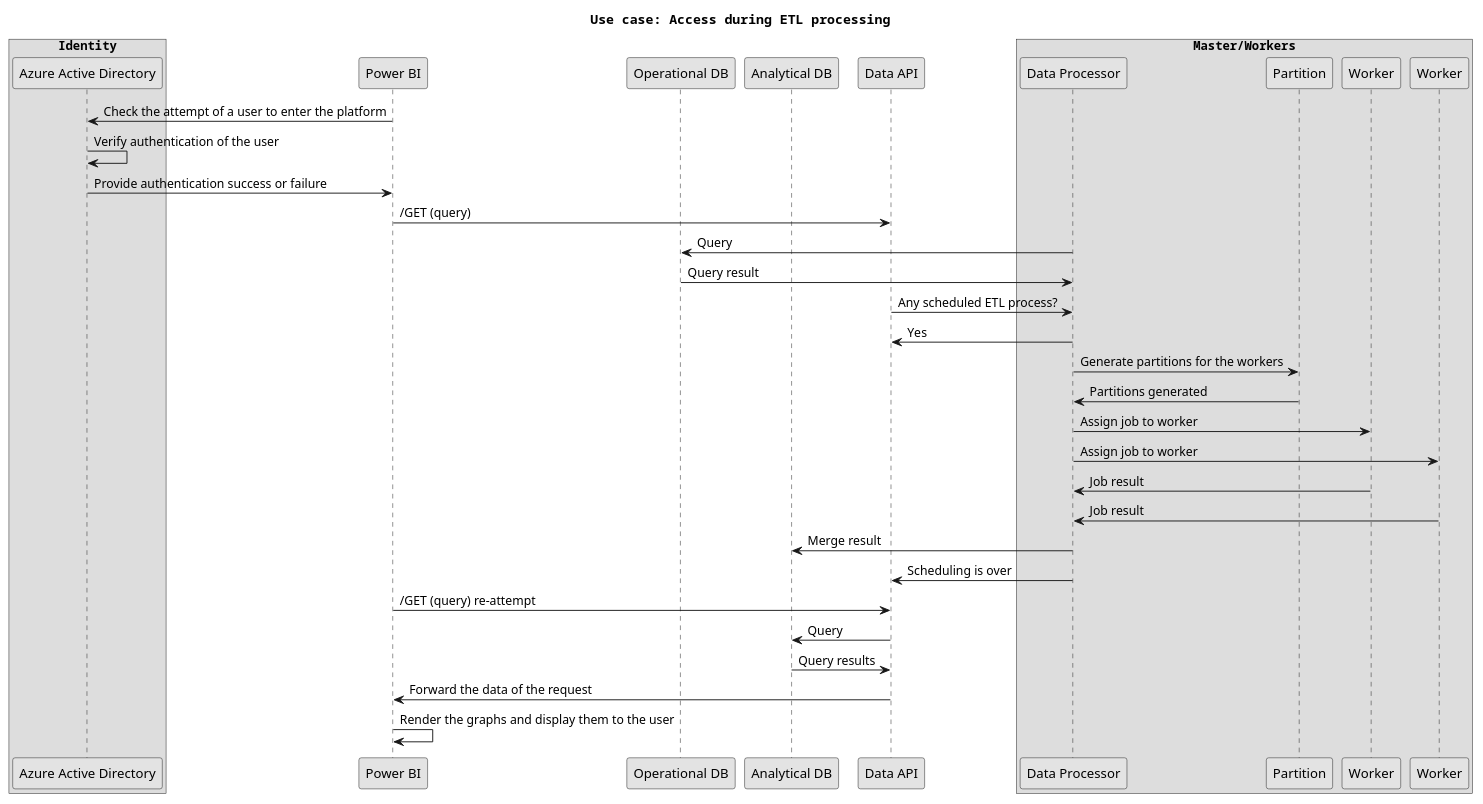
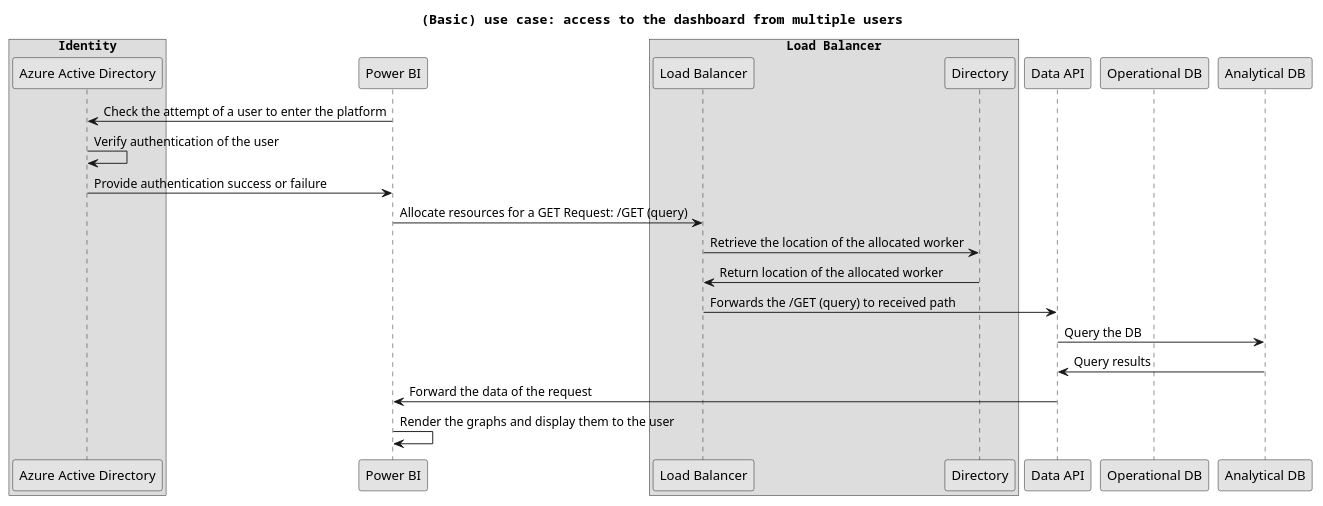
The diagram in src/sa/model/examples/14_process_view_loadbalancer.puml (USI-MSDE-SA-2022/software-architecture-model-Travad), drawn with PlantUML before and after one commit. The commit also changed 5 other files, not shown here.

```diff
--- a/src/sa/model/examples/14_process_view_loadbalancer.puml
+++ b/src/sa/model/examples/14_process_view_loadbalancer.puml
@@ -1,60 +1,39 @@
 @startuml
-title Use case: Access during ETL processing
+title (Basic) use case: access to the dashboard from multiple users
 
 box "Identity"
 participant "Azure Active Directory" as AAD
 end box
 
 participant "Power BI" as PBI
 
+box "Load Balancer"
+participant "Load Balancer" as LB
+participant "Directory" as DIR
+end box
+
+participant "Data API​" as DAPI
+
 participant "Operational DB" as ODB
 participant "Analytical DB" as ADB
-participant "Data API​" as DAPI
 
-box "Master/Workers"
-participant "Data Processor" as MASTER
-participant "Partition" as PARTITION
-participant "Worker" as W1
-participant "Worker" as W2
-end box
 
 ' Authentication in the meanwhile
 PBI -> AAD: Check the attempt of a user to enter the platform
 AAD -> AAD: Verify authentication of the user
 AAD -> PBI: Provide authentication success or failure
 
-' The data API service attempts to query and reach out to check if any ETL job is schedule
-PBI -> DAPI: /GET (query)
-
-' Query the operational DB in the meantime
-MASTER -> ODB: Query
-ODB -> MASTER: Query result 
-
-' What if a request arrive in the middle of a ETL process?
-DAPI -> MASTER: Any scheduled ETL process?
-MASTER -> DAPI: Yes
-
-' Complete the job in the meantime
-MASTER -> PARTITION: Generate partitions for the workers
-PARTITION -> MASTER: Partitions generated
-MASTER -> W1: Assign job to worker
-MASTER -> W2: Assign job to worker
-W1 -> MASTER: Job result
-W2 -> MASTER: Job result
-MASTER -> ADB: Merge result
-
-' Alert the schedule is done
-MASTER -> DAPI: Scheduling is over
-
-' Re-attempt to retrieve the data
-PBI -> DAPI: /GET (query) re-attempt
-DAPI -> ADB: Query
-
+' The dashboard attempts to query the 
+PBI -> LB: Allocate resources for a GET Request: /GET (query)
+LB -> DIR: Retrieve the location of the allocated worker
+DIR -> LB: Return location of the allocated worker
+LB -> DAPI: Forwards the /GET (query) to received path
+DAPI -> ADB: Query the DB
 ADB -> DAPI: Query results
 DAPI -> PBI: Forward the data of the request
 PBI -> PBI: Render the graphs and display them to the user
 
 skinparam monochrome true
 skinparam shadowing false
 skinparam defaultFontName Courier
 @enduml
```
